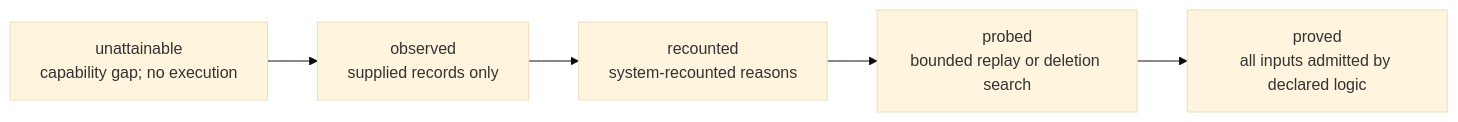
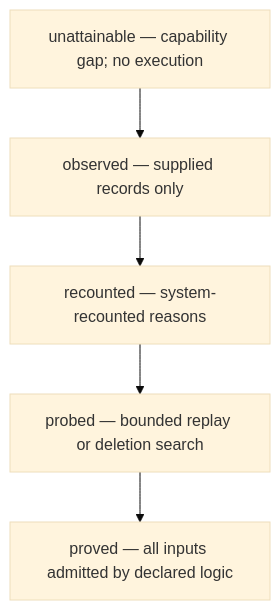
One commit to SandroHub013/reasonsmith changed the first of 2 diagrams in docs/semantics.md. Above: the diagram before and after it, drawn with Mermaid (base theme). The commit also changed other lines of this file and 9 other files, not shown here.

Commit message:
Fix Mermaid diagram legibility (#166)

````diff
--- a/docs/semantics.md
+++ b/docs/semantics.md
@@ -432,7 +432,7 @@
 ```mermaid
-flowchart LR
-    u["unattainable<br/>capability gap; no execution"] --> o["observed<br/>supplied records only"]
-    o --> r["recounted<br/>system-recounted reasons"]
-    r --> p["probed<br/>bounded replay or deletion search"]
-    p --> v["proved<br/>all inputs admitted by declared logic"]
+flowchart TB
+    u["unattainable — capability gap; no execution"] --> o["observed — supplied records only"]
+    o --> r["recounted — system-recounted reasons"]
+    r --> p["probed — bounded replay or deletion search"]
+    p --> v["proved — all inputs admitted by declared logic"]
 ```
````
